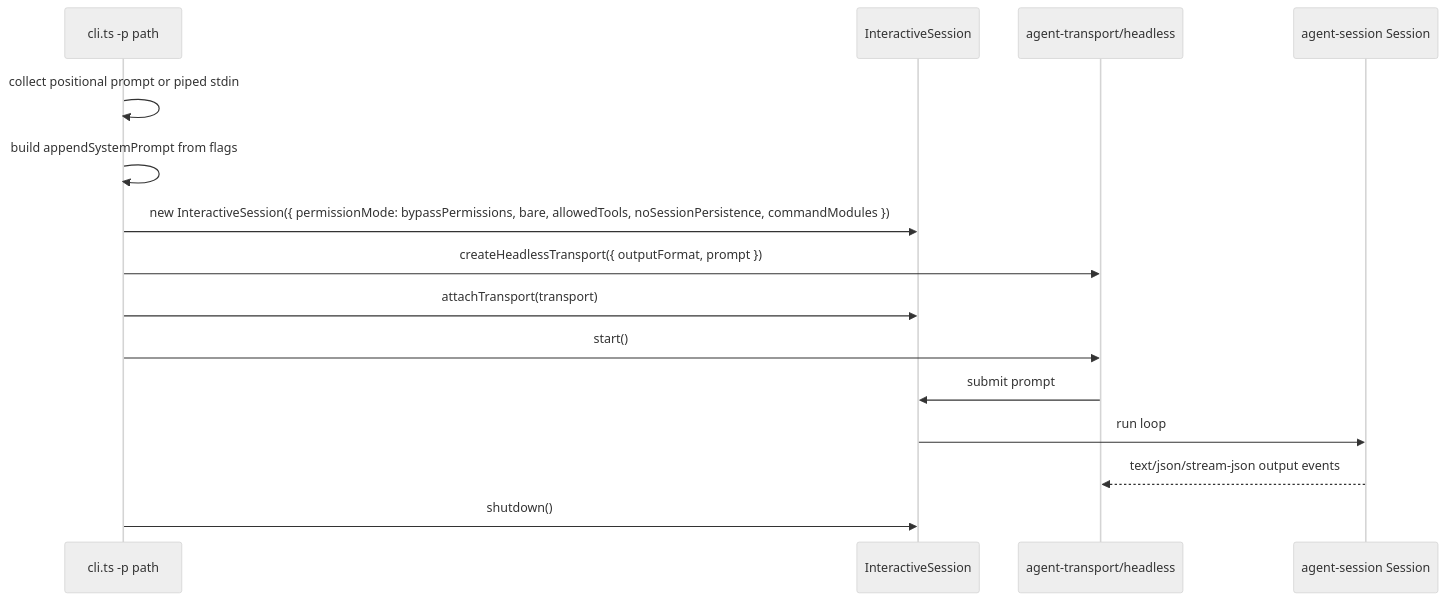
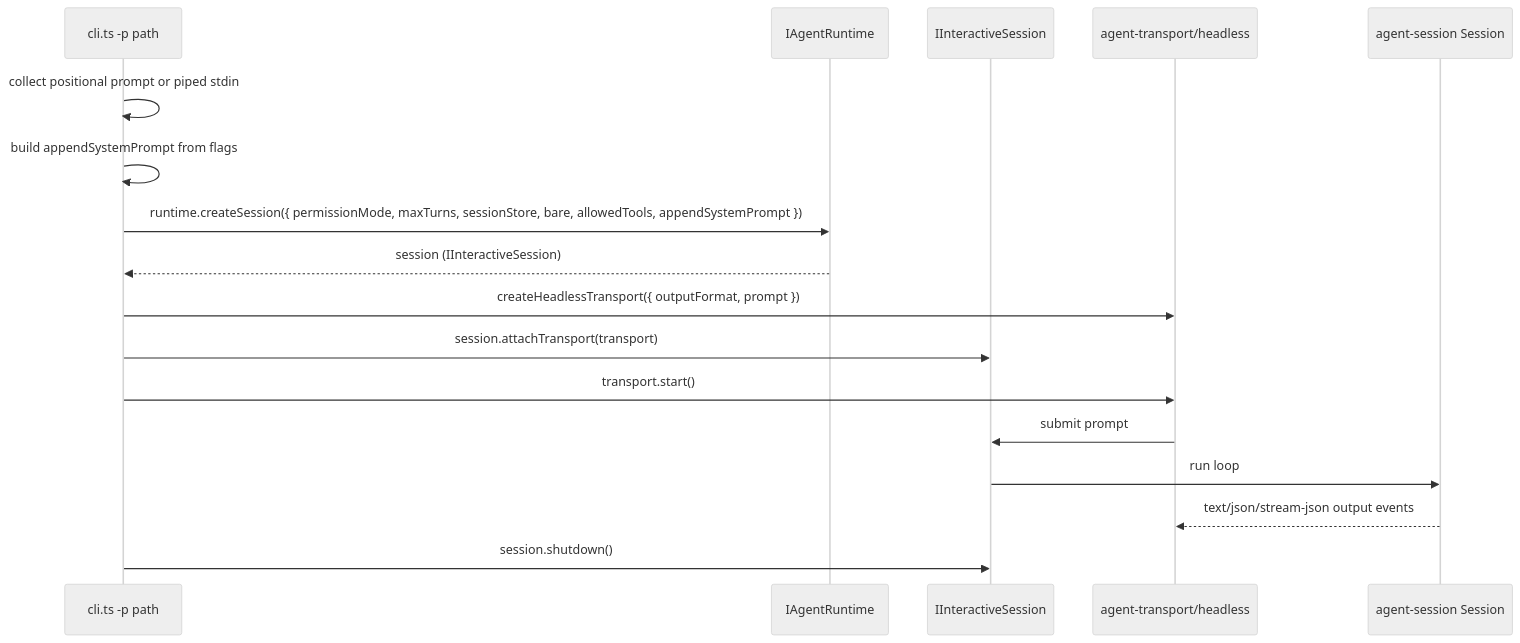
The second of 3 diagrams in .agents/specs/architecture-map/agent-cli/execution-modes.md (woojubb/robota), drawn with Mermaid (neutral theme) before and after one commit. The commit also changed other lines of this file and 1 other file, not shown here.

Commit message:
docs(arch-rev-006): fix execution-modes.md — print mode API and sidecar status (#492)
- Print mode: replace new InteractiveSession() with runtime.createSession()
  to match actual IAgentRuntime.createSession() pattern in print-mode.ts
- WebSocket Sidecar: add [Planned — not yet implemented] notice; feature
  does not exist in codebase (startWebSidecarServer, --web flag absent)

````diff
--- a/.agents/specs/architecture-map/agent-cli/execution-modes.md
+++ b/.agents/specs/architecture-map/agent-cli/execution-modes.md
@@ -40,18 +40,20 @@
 ```mermaid
 sequenceDiagram
   participant CLI as cli.ts -p path
-  participant SDK as InteractiveSession
+  participant Runtime as IAgentRuntime
+  participant Session as IInteractiveSession
   participant Transport as agent-transport/headless
-  participant Session as agent-session Session
+  participant SessionSvc as agent-session Session
 
   CLI->>CLI: collect positional prompt or piped stdin
   CLI->>CLI: build appendSystemPrompt from flags
-  CLI->>SDK: new InteractiveSession({ permissionMode: bypassPermissions, bare, allowedTools, noSessionPersistence, commandModules })
+  CLI->>Runtime: runtime.createSession({ permissionMode, maxTurns, sessionStore, bare, allowedTools, appendSystemPrompt })
+  Runtime-->>CLI: session (IInteractiveSession)
   CLI->>Transport: createHeadlessTransport({ outputFormat, prompt })
-  CLI->>SDK: attachTransport(transport)
-  CLI->>Transport: start()
-  Transport->>SDK: submit prompt
-  SDK->>Session: run loop
-  Session-->>Transport: text/json/stream-json output events
-  CLI->>SDK: shutdown()
+  CLI->>Session: session.attachTransport(transport)
+  CLI->>Transport: transport.start()
+  Transport->>Session: submit prompt
+  Session->>SessionSvc: run loop
+  SessionSvc-->>Transport: text/json/stream-json output events
+  CLI->>Session: session.shutdown()
 ```
````
